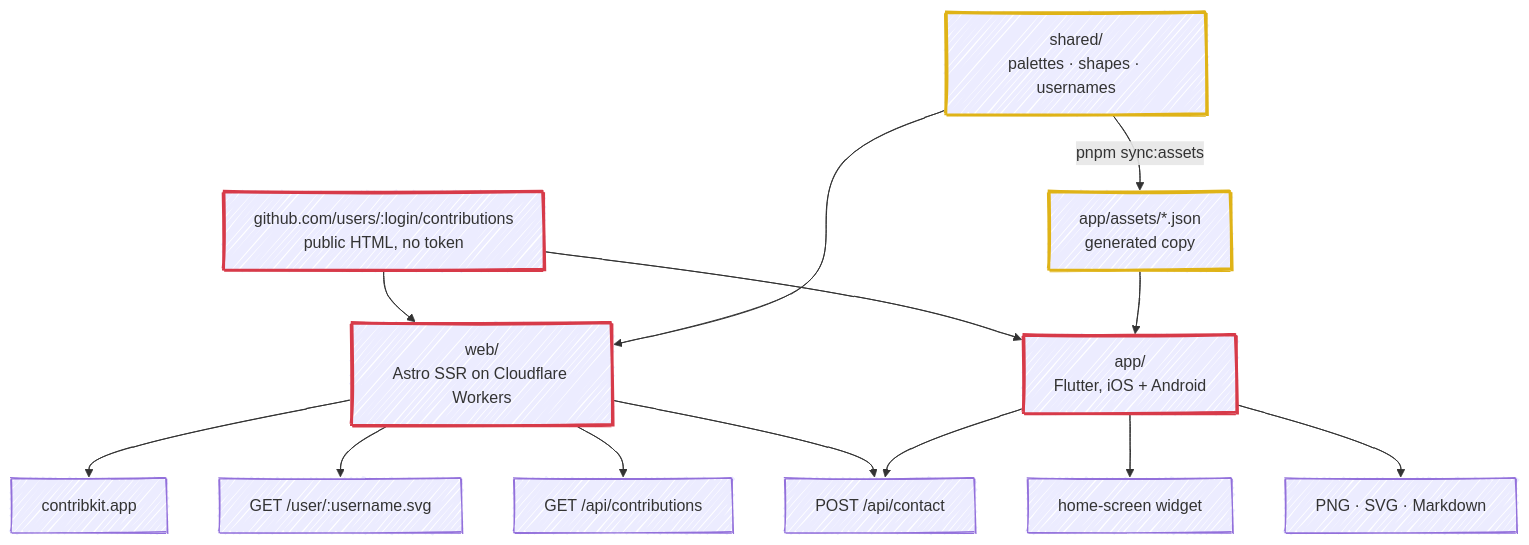
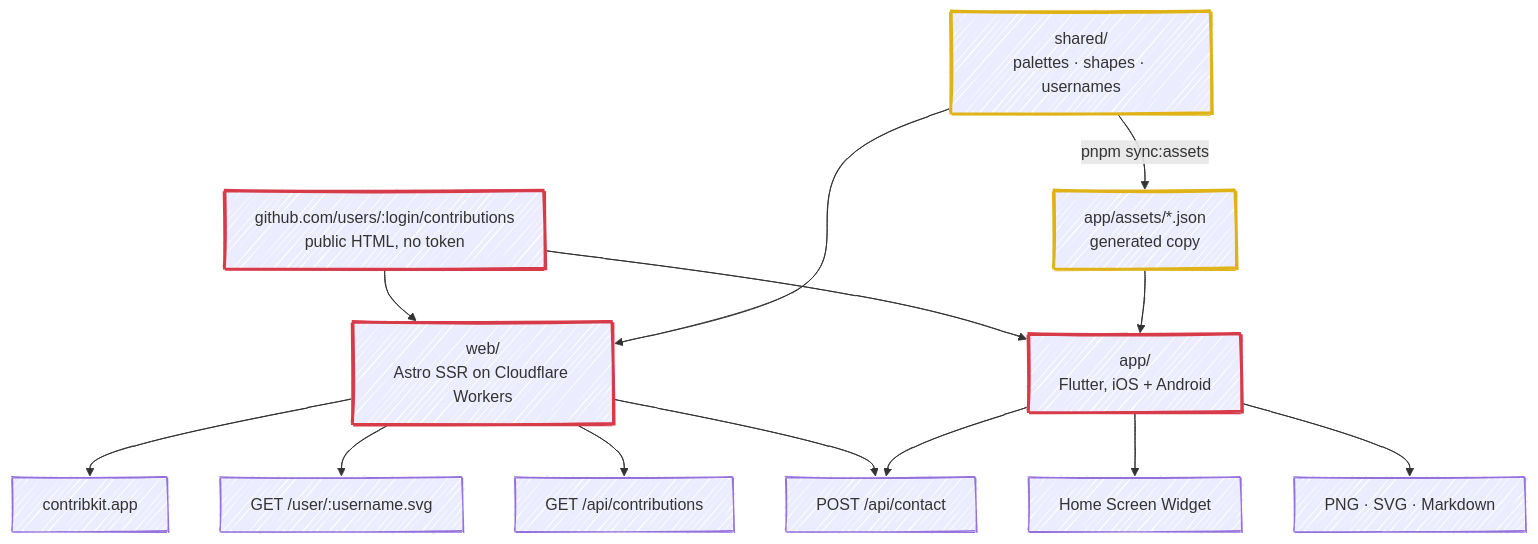
Before and after one commit to fbuireu/contribKit: the first of 2 diagrams in ARCHITECTURE.md, drawn with Mermaid. The commit also changed other lines of this file and 256 other files, not shown here.

````diff
--- a/ARCHITECTURE.md
+++ b/ARCHITECTURE.md
@@ -16,29 +17,29 @@
 ```mermaid
 ---
 config:
   look: handDrawn
   layout: dagre
 ---
 flowchart TD
     gh["github.com/users/:login/contributions<br/>public HTML, no token"]
 
     gh --> web["web/<br/>Astro SSR on Cloudflare Workers"]
     gh --> app["app/<br/>Flutter, iOS + Android"]
 
     tokens["shared/<br/>palettes · shapes · usernames"] --> web
     tokens -->|"pnpm sync:assets"| assets["app/assets/*.json<br/>generated copy"]
     assets --> app
 
     web --> site["contribkit.app"]
     web --> svg["GET /user/:username.svg"]
     web --> json["GET /api/contributions"]
     web --> contact["POST /api/contact"]
     app --> contact
-    app --> widget["home-screen widget"]
+    app --> widget["Home Screen Widget"]
     app --> export["PNG · SVG · Markdown"]
 
     classDef pure stroke:#dfb317,stroke-width:3px
     classDef shell stroke:#d73a49,stroke-width:3px
     class tokens,assets pure
     class web,app,gh shell
 ```
````
